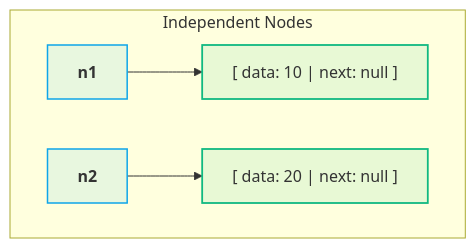
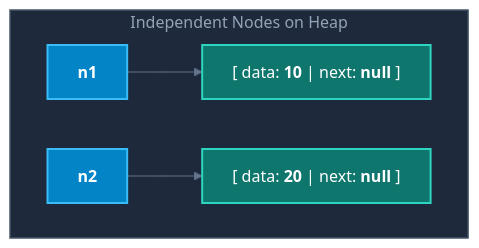
The fifth of 11 diagrams in CS/DSA/03. Linked Lists/01. Linked List Fundamentals.md (abhinavbharti2345/CS_Notes), drawn with Mermaid before and after one commit. The commit also changed other lines of this file and 195 other files, not shown here.

````diff
--- a/CS/DSA/03. Linked Lists/01. Linked List Fundamentals.md
+++ b/CS/DSA/03. Linked Lists/01. Linked List Fundamentals.md
@@ -157,13 +169,16 @@
 ```mermaid
+%%{init: {'theme': 'base', 'themeVariables': { 'darkMode': true, 'background': '#0B0F14', 'mainBkg': '#111827', 'primaryColor': '#111827', 'primaryTextColor': '#F8FAFC', 'primaryBorderColor': '#38BDF8', 'lineColor': '#64748B', 'secondaryColor': '#0B0F14', 'tertiaryColor': '#0B0F14', 'clusterBkg': '#0B0F14', 'clusterBorder': '#38BDF8' }}}%%
 flowchart LR
-    subgraph Disconnected ["Independent Nodes"]
+    subgraph Disconnected ["Independent Nodes on Heap"]
         direction LR
-        P1["<b>n1</b>"] --> B1["[ data: 10 | next: null ]"]
-        P2["<b>n2</b>"] --> B2["[ data: 20 | next: null ]"]
+        P1["<b>n1</b>"] --> B1["[ data: <b>10</b> | next: <b>null</b> ]"]
+        P2["<b>n2</b>"] --> B2["[ data: <b>20</b> | next: <b>null</b> ]"]
     end
 
-    classDef ptr fill:#0ea5e918,stroke:#0ea5e9,stroke-width:1.5px;
-    classDef box fill:#10b98118,stroke:#10b981,stroke-width:1.8px;
+    style Disconnected fill:#1e293b,stroke:#475569,stroke-width:1.5px,color:#94a3b8
+
+    classDef ptr fill:#0284c7,stroke:#38bdf8,stroke-width:2px,color:#ffffff;
+    classDef box fill:#0f766e,stroke:#2dd4bf,stroke-width:2px,color:#ffffff;
     class P1,P2 ptr;
     class B1,B2 box;
 ```
````
